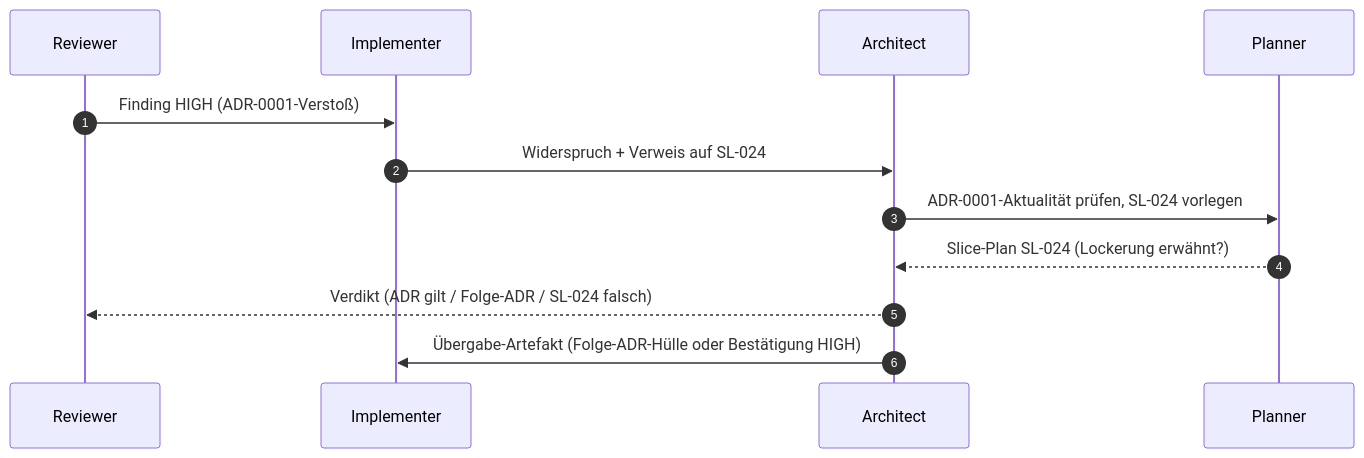
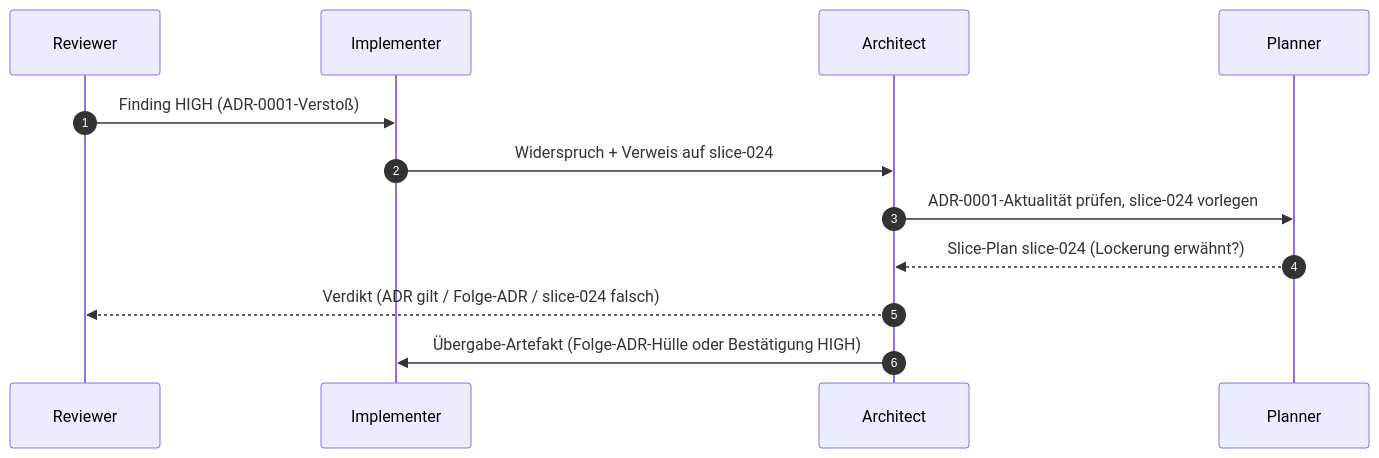
One commit to pt9912/ai-harness-course changed the third of 3 diagrams in kurs/de/03-agenten/modul-08-agentenrollen.md. Above: the diagram before and after it, drawn with Mermaid. The commit also changed other lines of this file and 34 other files, not shown here.

````diff
--- a/kurs/de/03-agenten/modul-08-agentenrollen.md
+++ b/kurs/de/03-agenten/modul-08-agentenrollen.md
@@ -277,15 +277,15 @@
 ```mermaid
 sequenceDiagram
     autonumber
     participant R as Reviewer
     participant I as Implementer
     participant A as Architect
     participant P as Planner
 
     R->>I: Finding HIGH (ADR-0001-Verstoß)
-    I->>A: Widerspruch + Verweis auf SL-024
-    A->>P: ADR-0001-Aktualität prüfen, SL-024 vorlegen
-    P-->>A: Slice-Plan SL-024 (Lockerung erwähnt?)
-    A-->>R: Verdikt (ADR gilt / Folge-ADR / SL-024 falsch)
+    I->>A: Widerspruch + Verweis auf slice-024
+    A->>P: ADR-0001-Aktualität prüfen, slice-024 vorlegen
+    P-->>A: Slice-Plan slice-024 (Lockerung erwähnt?)
+    A-->>R: Verdikt (ADR gilt / Folge-ADR / slice-024 falsch)
     A->>I: Übergabe-Artefakt (Folge-ADR-Hülle oder Bestätigung HIGH)
 ```
````
